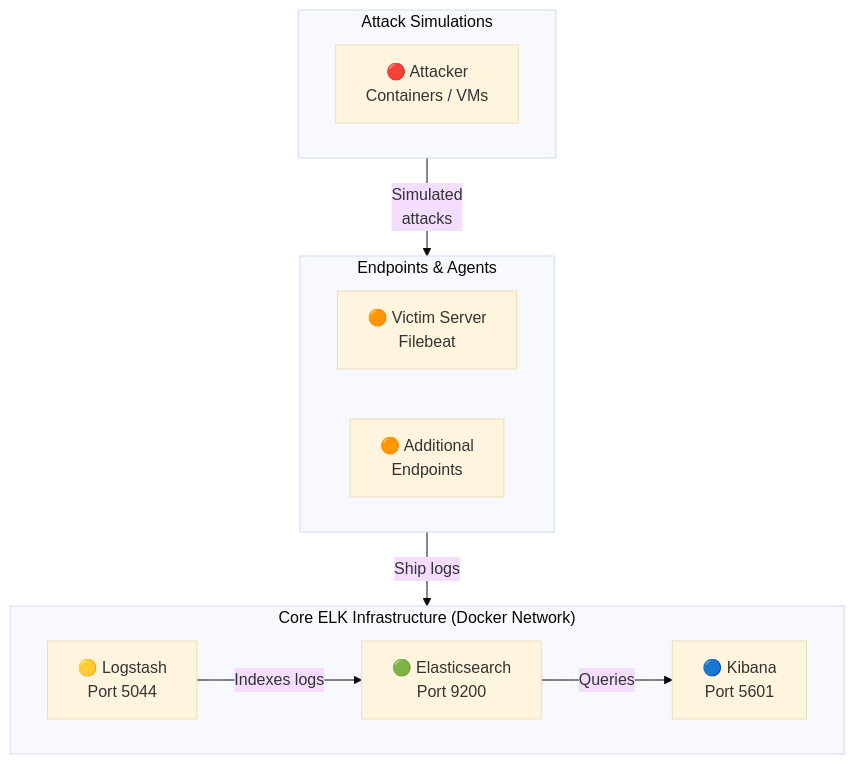
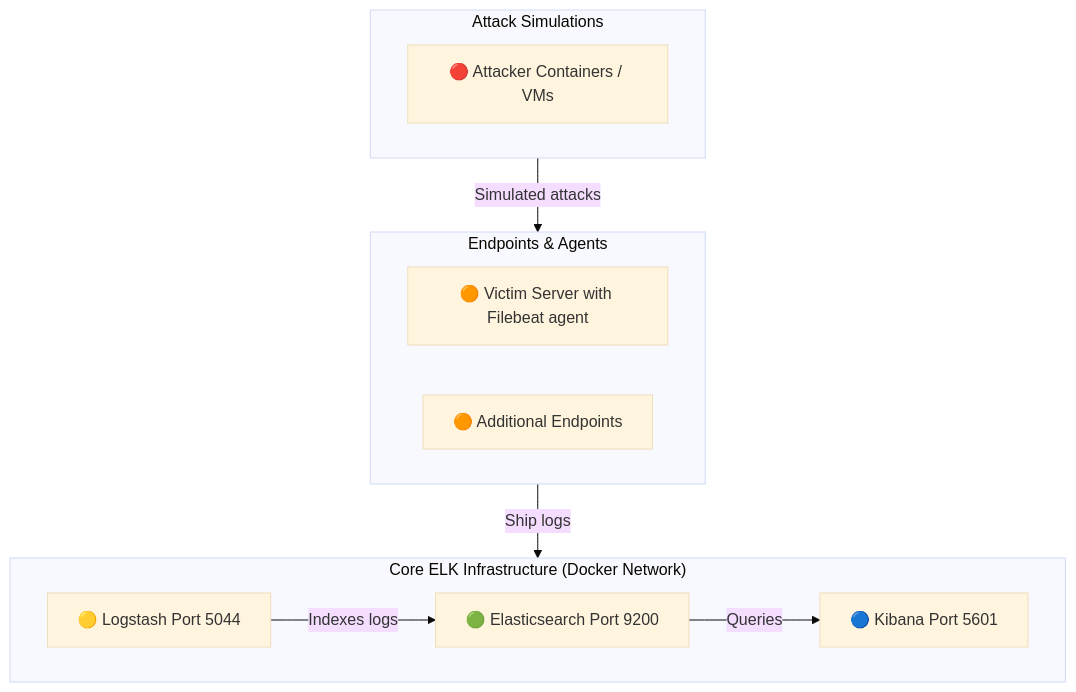
Before and after one commit to benjaminsmith-spec/ELK-stack-Docker-Home-Lab: the second of 2 diagrams in README.md, drawn with Mermaid (base theme). The commit also changed other lines of this file, not shown here.

````diff
--- a/README.md
+++ b/README.md
@@ -41,25 +41,25 @@
 ```mermaid
 flowchart TB
     subgraph core["Core ELK Infrastructure (Docker Network)"]
         direction LR
-        ES["🟢 Elasticsearch\nPort 9200"]
-        LS["🟡 Logstash\nPort 5044"]
-        KB["🔵 Kibana\nPort 5601"]
+        ES["🟢 Elasticsearch Port 9200"]
+        LS["🟡 Logstash Port 5044"]
+        KB["🔵 Kibana Port 5601"]
         LS -->|"Indexes logs"| ES
         ES -->|"Queries"| KB
     end
 
     subgraph agents["Endpoints & Agents"]
         direction LR
-        V1["🟠 Victim Server\nFilebeat"]
-        V2["🟠 Additional\nEndpoints"]
+        V1["🟠 Victim Server with Filebeat agent"]
+        V2["🟠 Additional Endpoints"]
     end
 
     subgraph attacks["Attack Simulations"]
         direction LR
-        A1["🔴 Attacker\nContainers / VMs"]
+        A1["🔴 Attacker Containers / VMs"]
     end
 
-    A1 -->|"Simulated\nattacks"| agents
+    A1 -->|"Simulated attacks"| agents
     agents -->|"Ship logs"| LS
 ```
````
